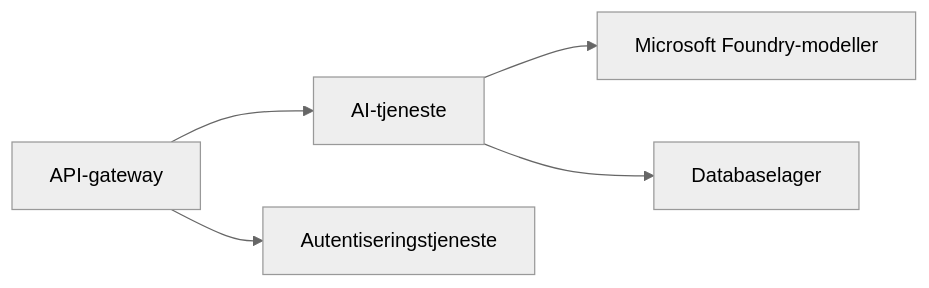
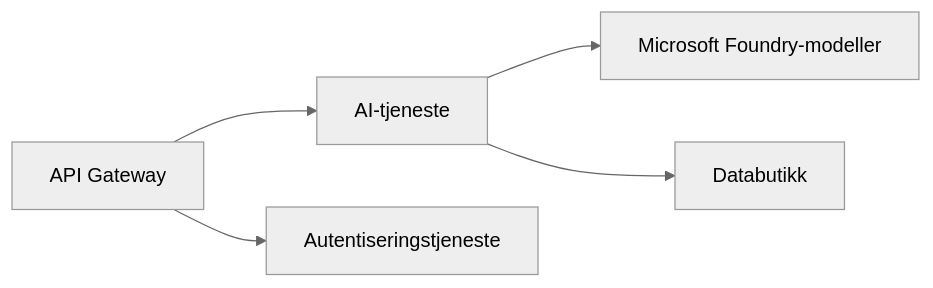
The first of 2 diagrams in translations/no/docs/chapter-08-production/README.md (microsoft/AZD-for-beginners), drawn with Mermaid (neutral theme) before and after one commit. The commit also changed other lines of this file and 104 other files, not shown here.

````diff
--- a/translations/no/docs/chapter-08-production/README.md
+++ b/translations/no/docs/chapter-08-production/README.md
@@ -48,6 +48,6 @@
 ```mermaid
 graph LR
-    Gateway[API-gateway] --> AI[AI-tjeneste] --> Models[Microsoft Foundry-modeller]
+    Gateway[API Gateway] --> AI[AI-tjeneste] --> Models[Microsoft Foundry-modeller]
     Gateway --> Auth[Autentiseringstjeneste]
-    AI --> Data[Databaselager]
+    AI --> Data[Databutikk]
 ```
````
